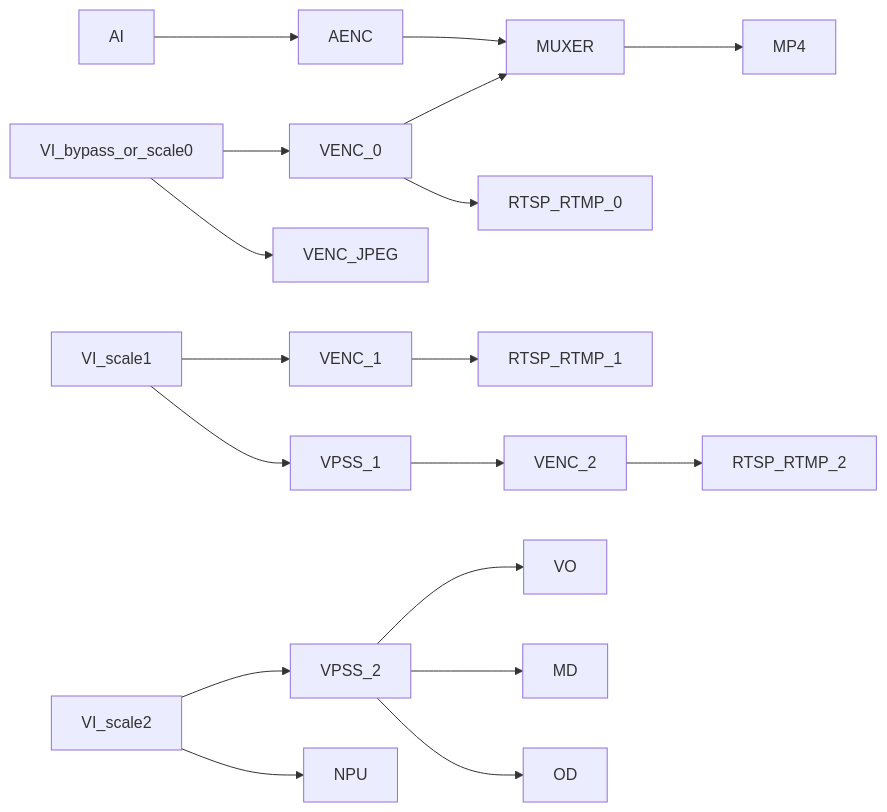
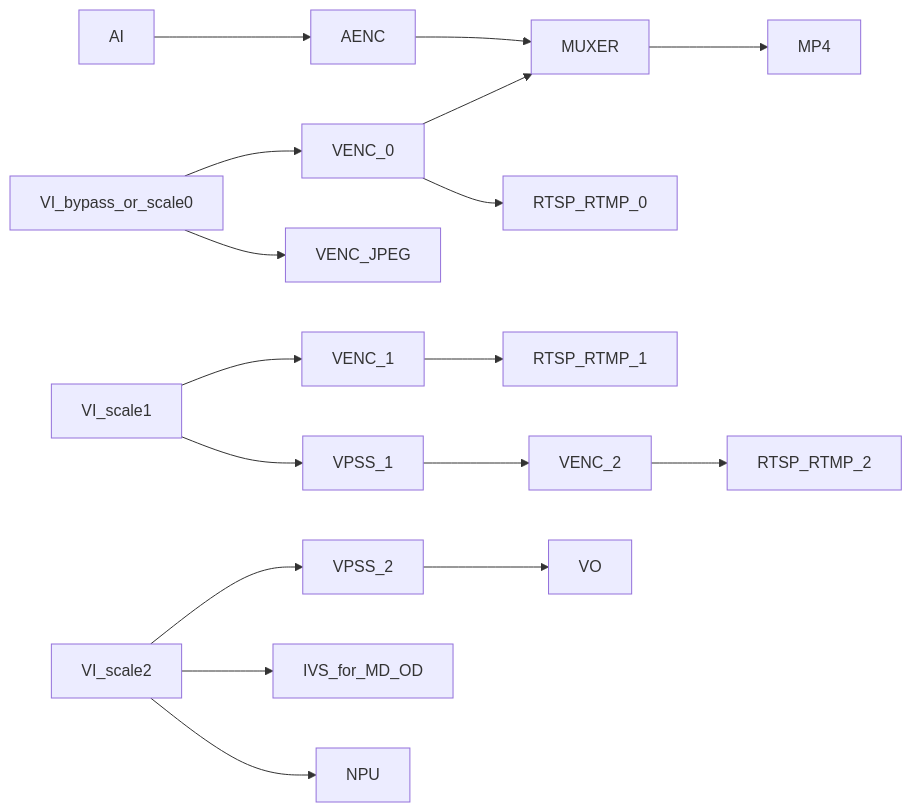
Before and after one commit to khadas/app_rkipc: the ninth of 11 diagrams in docs/Rockchip_Developer_Guide_Linux_RKIPC_CN.md, drawn with Mermaid. The commit also changed 6 other files, not shown here.

````diff
--- a/docs/Rockchip_Developer_Guide_Linux_RKIPC_CN.md
+++ b/docs/Rockchip_Developer_Guide_Linux_RKIPC_CN.md
@@ -235,13 +235,12 @@
 ```mermaid
 graph LR
 	AI-->AENC-->MUXER-->MP4
 	VI_bypass_or_scale0-->VENC_0-->MUXER
 	VI_bypass_or_scale0-->VENC_JPEG
 	VENC_0-->RTSP_RTMP_0
 	VI_scale1-->VENC_1-->RTSP_RTMP_1
 	VI_scale1-->VPSS_1-->VENC_2-->RTSP_RTMP_2
 	VI_scale2-->VPSS_2-->VO
-	VPSS_2-->MD
-	VPSS_2-->OD
+	VI_scale2-->IVS_for_MD_OD
 	VI_scale2-->NPU
 ```
````
